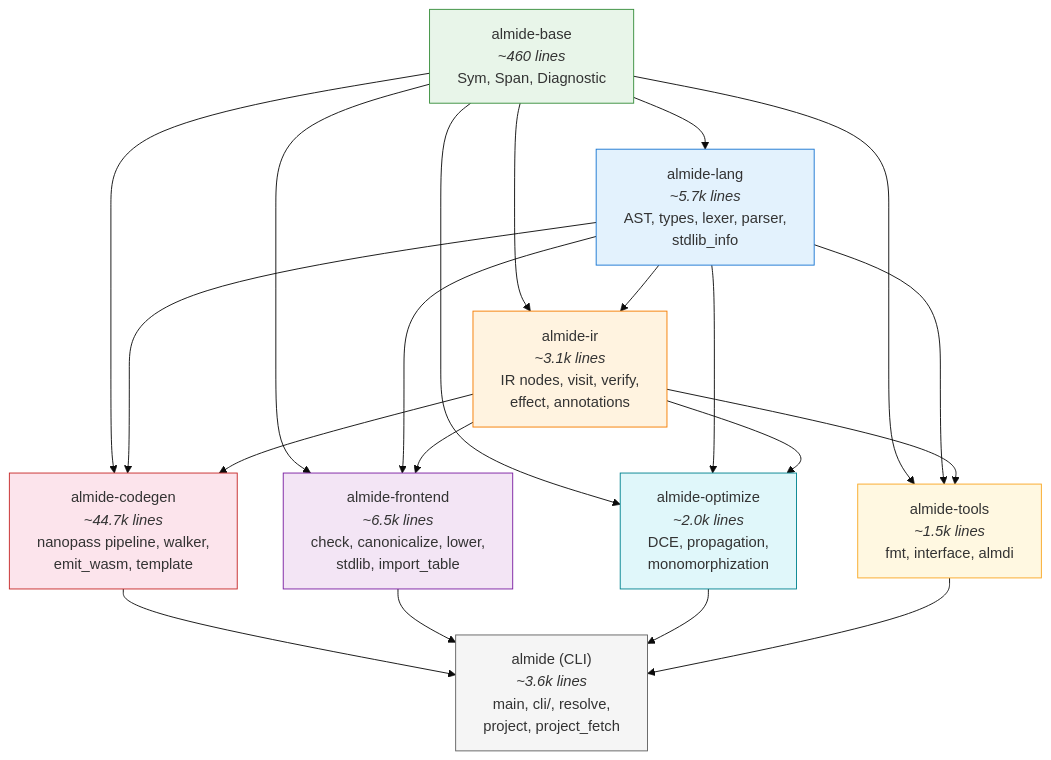
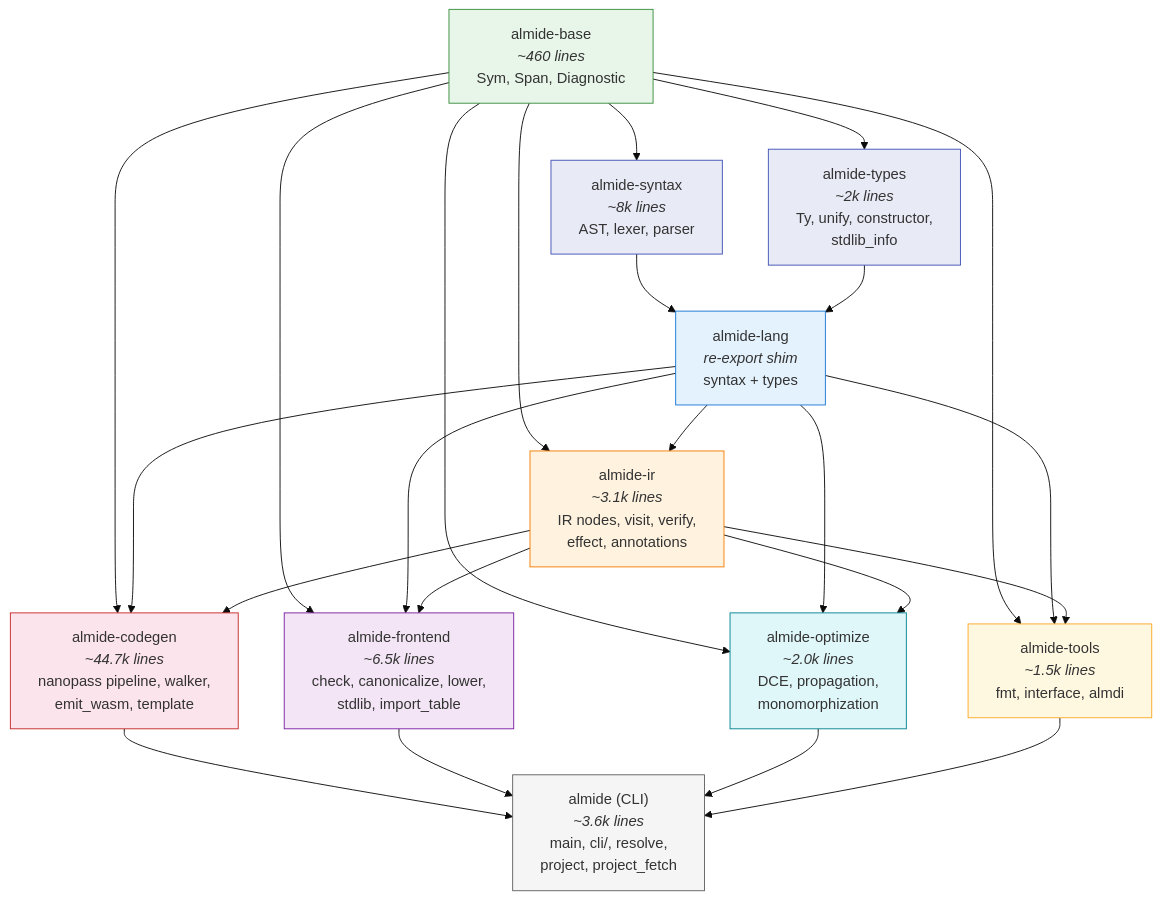
One commit to almide/almide changed the diagram in crates/README.md. Above: the diagram before and after it, drawn with Mermaid (base theme). The commit also changed other lines of this file and 34 other files, not shown here.

Commit message:
Split almide-lang into almide-syntax + almide-types, move crate-split to done

````diff
--- a/crates/README.md
+++ b/crates/README.md
@@ -7,40 +7,47 @@
 ```mermaid
 graph TD
     BASE["almide-base<br/><i>~460 lines</i><br/>Sym, Span, Diagnostic"]
-    LANG["almide-lang<br/><i>~5.7k lines</i><br/>AST, types, lexer, parser,<br/>stdlib_info"]
+    SYNTAX["almide-syntax<br/><i>~8k lines</i><br/>AST, lexer, parser"]
+    TYPES["almide-types<br/><i>~2k lines</i><br/>Ty, unify, constructor,<br/>stdlib_info"]
+    LANG["almide-lang<br/><i>re-export shim</i><br/>syntax + types"]
     IR["almide-ir<br/><i>~3.1k lines</i><br/>IR nodes, visit, verify,<br/>effect, annotations"]
     CODEGEN["almide-codegen<br/><i>~44.7k lines</i><br/>nanopass pipeline, walker,<br/>emit_wasm, template"]
     FRONTEND["almide-frontend<br/><i>~6.5k lines</i><br/>check, canonicalize, lower,<br/>stdlib, import_table"]
     OPTIMIZE["almide-optimize<br/><i>~2.0k lines</i><br/>DCE, propagation,<br/>monomorphization"]
     TOOLS["almide-tools<br/><i>~1.5k lines</i><br/>fmt, interface, almdi"]
     CLI["almide (CLI)<br/><i>~3.6k lines</i><br/>main, cli/, resolve,<br/>project, project_fetch"]
 
-    BASE --> LANG
+    BASE --> SYNTAX
+    BASE --> TYPES
+    SYNTAX --> LANG
+    TYPES --> LANG
     BASE --> IR
     LANG --> IR
     BASE --> CODEGEN
     LANG --> CODEGEN
     IR --> CODEGEN
     BASE --> FRONTEND
     LANG --> FRONTEND
     IR --> FRONTEND
     BASE --> OPTIMIZE
     LANG --> OPTIMIZE
     IR --> OPTIMIZE
     BASE --> TOOLS
     LANG --> TOOLS
     IR --> TOOLS
     CODEGEN --> CLI
     FRONTEND --> CLI
     OPTIMIZE --> CLI
     TOOLS --> CLI
 
     style BASE fill:#e8f5e9,stroke:#388e3c
+    style SYNTAX fill:#e8eaf6,stroke:#3f51b5
+    style TYPES fill:#e8eaf6,stroke:#3f51b5
     style LANG fill:#e3f2fd,stroke:#1976d2
     style IR fill:#fff3e0,stroke:#f57c00
     style CODEGEN fill:#fce4ec,stroke:#c62828
     style FRONTEND fill:#f3e5f5,stroke:#7b1fa2
     style OPTIMIZE fill:#e0f7fa,stroke:#00838f
     style TOOLS fill:#fff8e1,stroke:#f9a825
     style CLI fill:#f5f5f5,stroke:#616161
 ```
````
